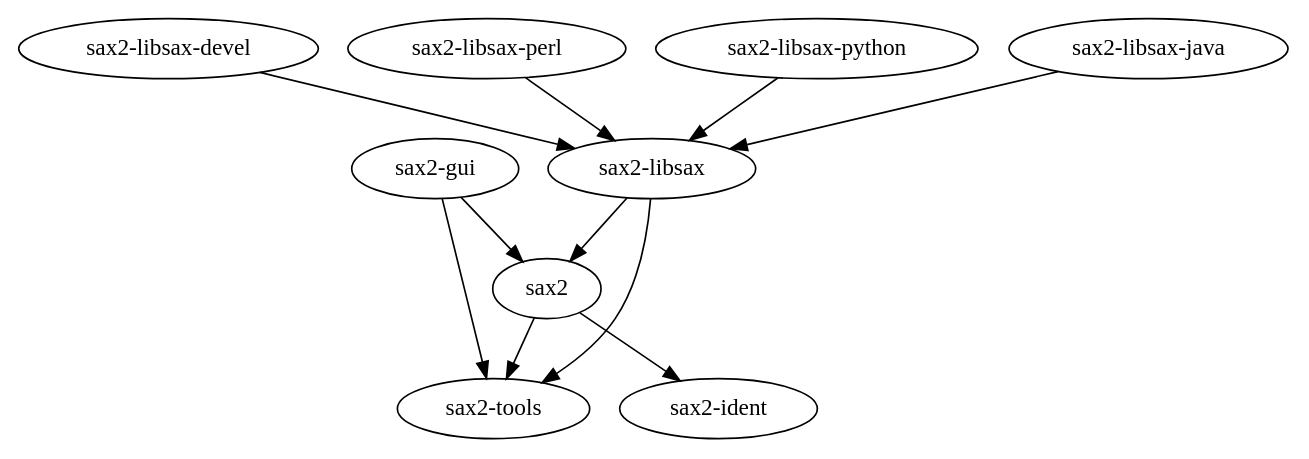
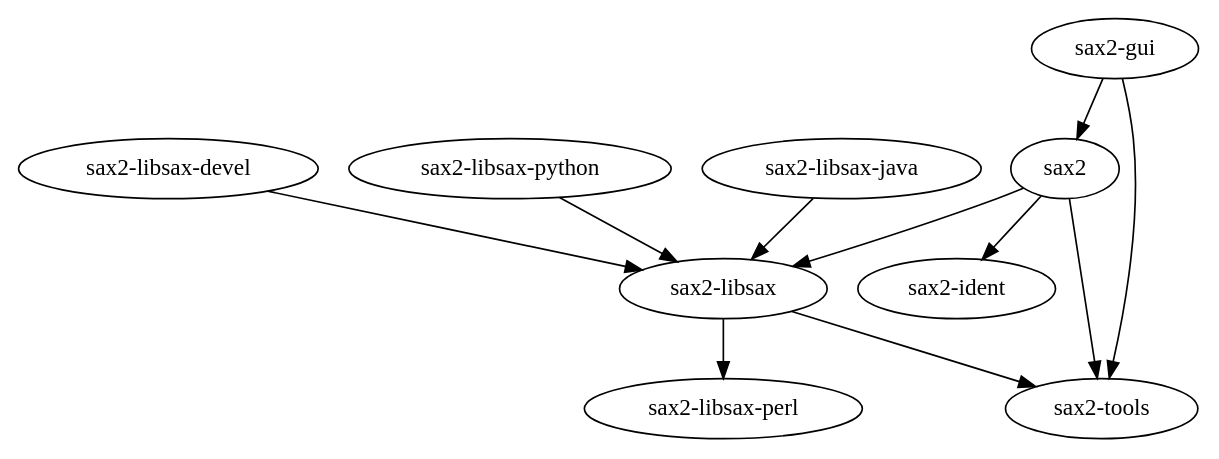
One commit to BackupTheBerlios/sax-svn changed the diagram in sax-head/.sax2.dot. Above: the diagram before and after it, drawn with Graphviz. The commit also changed 2 other files, not shown here.

Commit message:
- sax2-libsax-perl is required by sax2-libsax (#309125)

```diff
--- a/sax-head/.sax2.dot
+++ b/sax-head/.sax2.dot
@@ -1,12 +1,13 @@
 digraph SaX2 {
 "sax2" -> "sax2-ident";
 "sax2" -> "sax2-tools";
+"sax2" -> "sax2-libsax";
 "sax2-gui" -> "sax2-tools";
 "sax2-gui" -> "sax2";
 "sax2-libsax" -> "sax2-tools";
-"sax2-libsax" -> "sax2";
+"sax2-libsax" -> "sax2-libsax-perl";
 "sax2-libsax-devel" -> "sax2-libsax";
-"sax2-libsax-perl" -> "sax2-libsax";
+"sax2-libsax-perl";
 "sax2-libsax-python" -> "sax2-libsax";
 "sax2-libsax-java" -> "sax2-libsax";
 }
```
